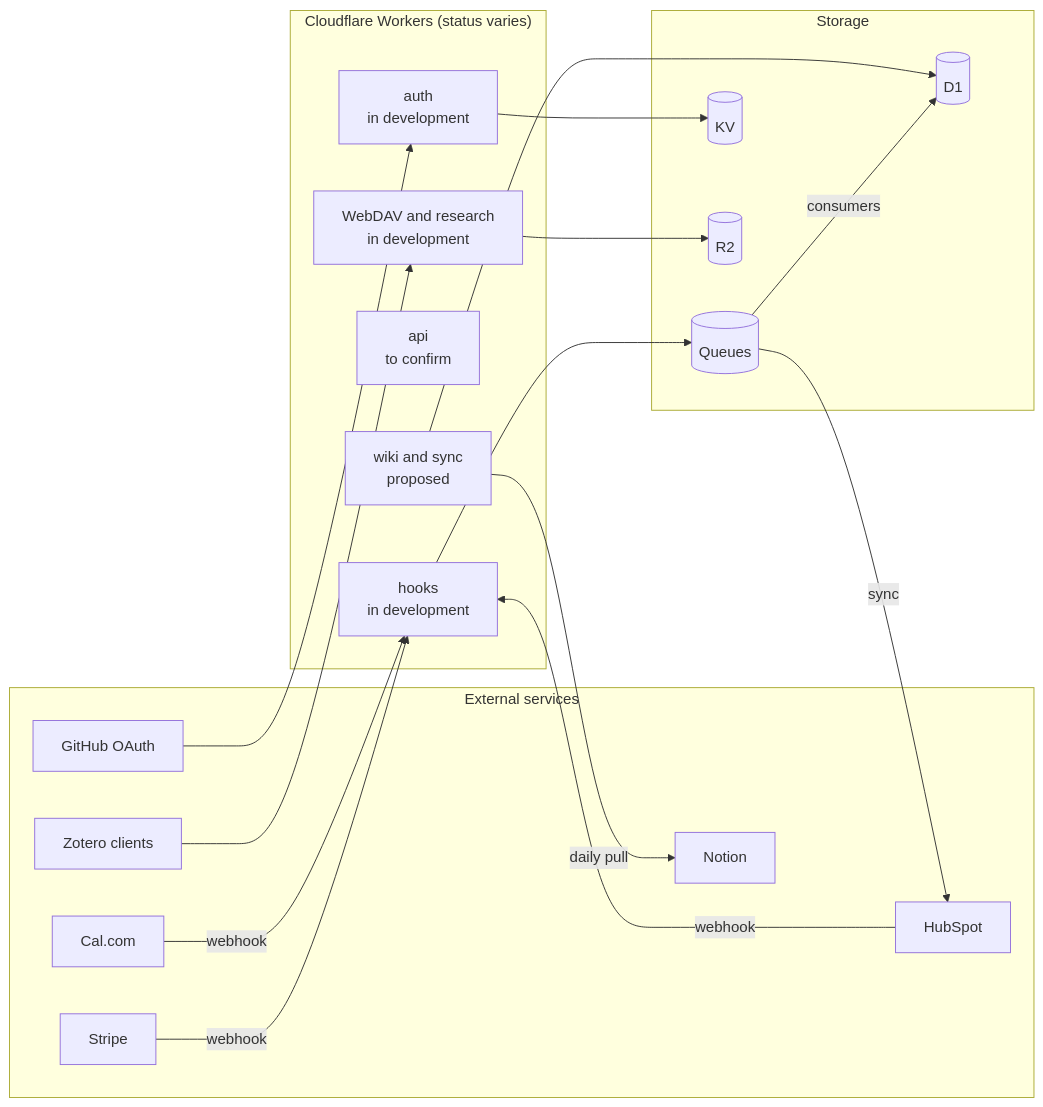
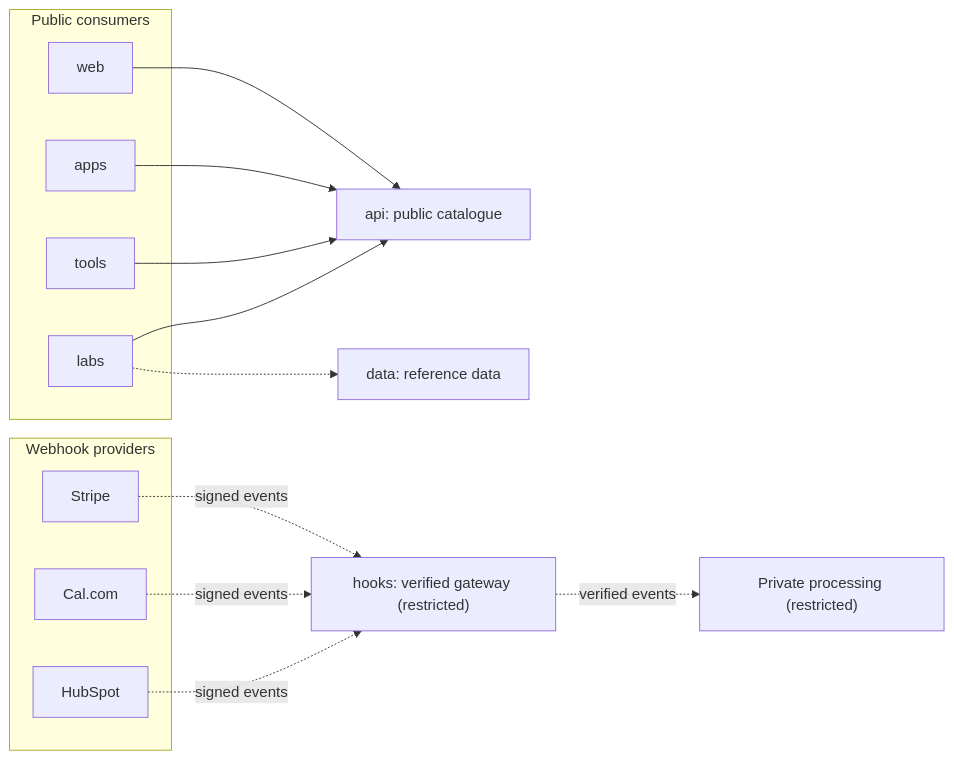
The diagram in docs/architecture/apis-integrations.md (rjmlaird/rjmlaird-docs), drawn with Mermaid before and after one commit. The commit also changed other lines of this file and 379 other files, not shown here.

````diff
--- a/docs/architecture/apis-integrations.md
+++ b/docs/architecture/apis-integrations.md
@@ -79,42 +106,28 @@
 ```mermaid
 flowchart LR
-  subgraph ext["External services"]
+  subgraph consumers["Public consumers"]
+    web["web"]
+    apps["apps"]
+    tools["tools"]
+    labs["labs"]
+  end
+  api["api: public catalogue"]
+  data["data: reference data"]
+  web --> api
+  apps --> api
+  tools --> api
+  labs --> api
+  labs -.-> data
+
+  subgraph providers["Webhook providers"]
     stripe["Stripe"]
     calcom["Cal.com"]
     hubspot["HubSpot"]
-    notion["Notion"]
-    zotero["Zotero clients"]
-    github["GitHub OAuth"]
   end
-
-  subgraph edge["Cloudflare Workers (status varies)"]
-    hooks["hooks<br/>in development"]
-    auth["auth<br/>in development"]
-    api["api<br/>to confirm"]
-    wiki["wiki and sync<br/>proposed"]
-    dav["WebDAV and research<br/>in development"]
-  end
-
-  subgraph store["Storage"]
-    queues[("Queues")]
-    d1[("D1")]
-    kv[("KV")]
-    r2[("R2")]
-  end
-
-  stripe -->|"webhook"| hooks
-  calcom -->|"webhook"| hooks
-  hubspot -->|"webhook"| hooks
-  hooks --> queues
-  queues -->|"consumers"| d1
-  queues -->|"sync"| hubspot
-
-  github --> auth
-  auth --> kv
-
-  wiki -->|"daily pull"| notion
-  wiki --> d1
-
-  zotero --> dav
-  dav --> r2
+  hooks["hooks: verified gateway (restricted)"]
+  private["Private processing (restricted)"]
+  stripe -.->|signed events| hooks
+  calcom -.->|signed events| hooks
+  hubspot -.->|signed events| hooks
+  hooks -.->|verified events| private
 ```
````
